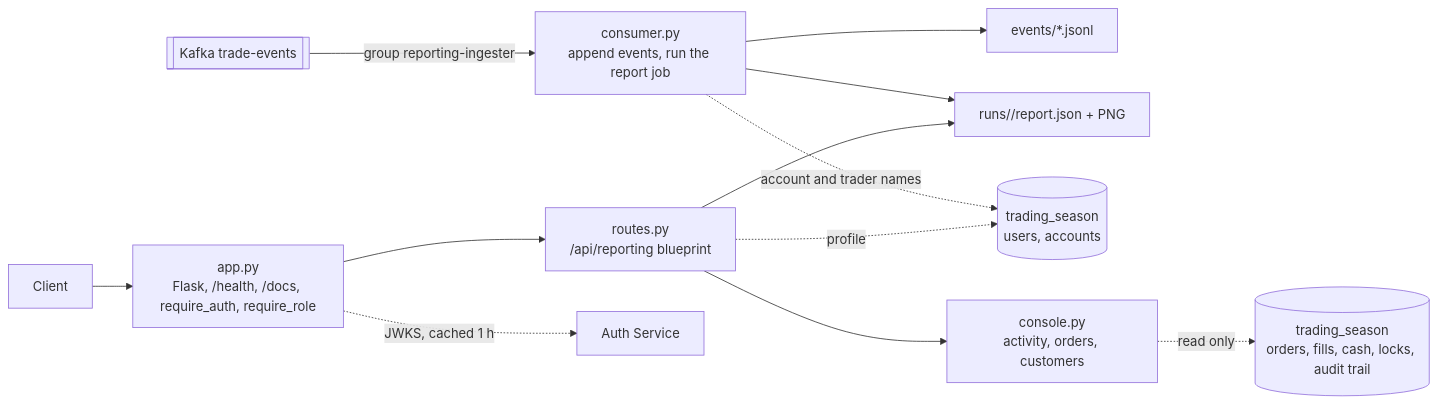
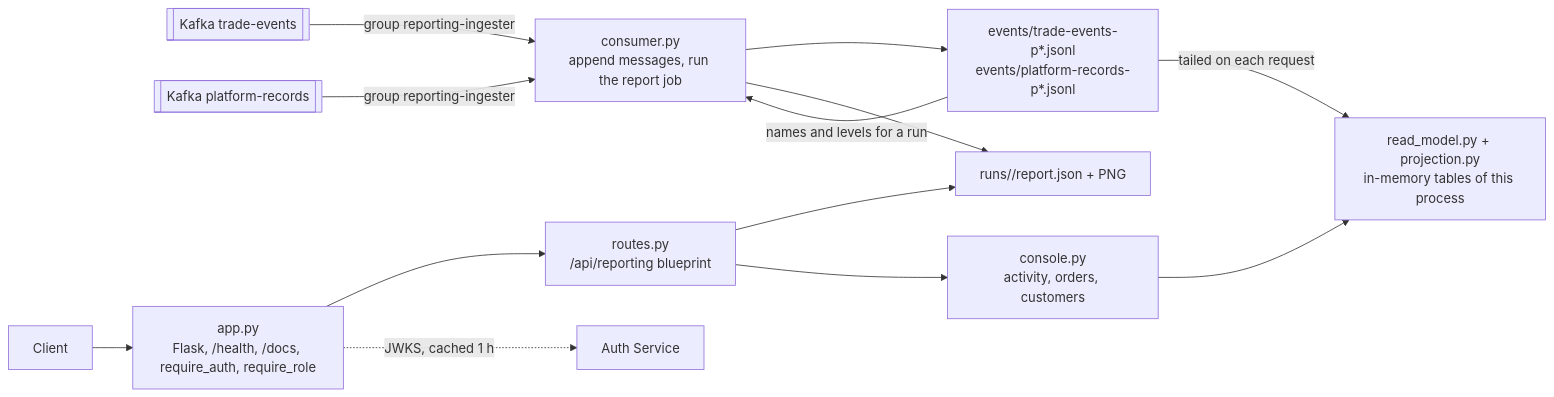
One commit to seankcheema/trading-season changed the diagram in apps/reporting-service/README.md. Above: the diagram before and after it, drawn with Mermaid. The commit also changed other lines of this file and 553 other files, not shown here.

````diff
--- a/apps/reporting-service/README.md
+++ b/apps/reporting-service/README.md
@@ -93,14 +131,15 @@
 ```mermaid
 flowchart LR
-    K[["Kafka trade-events"]] -- "group reporting-ingester" --> C["consumer.py<br/>append events, run the report job"]
-    C --> E["events/*.jsonl"]
+    T[["Kafka trade-events"]] -- "group reporting-ingester" --> C["consumer.py<br/>append messages, run the report job"]
+    P[["Kafka platform-records"]] -- "group reporting-ingester" --> C
+    C --> E["events/trade-events-p*.jsonl<br/>events/platform-records-p*.jsonl"]
     C --> R["runs/<id>/report.json + PNG"]
-    C -. "account and trader names" .-> DB[("trading_season<br/>users, accounts")]
     Client --> App["app.py<br/>Flask, /health, /docs, require_auth, require_role"]
     App --> Routes["routes.py<br/>/api/reporting blueprint"]
     Routes --> R
-    Routes -. "profile" .-> DB
     Routes --> Console["console.py<br/>activity, orders, customers"]
-    Console -. "read only" .-> Ledger[("trading_season<br/>orders, fills, cash, locks, audit trail")]
+    Console --> RM["read_model.py + projection.py<br/>in-memory tables of this process"]
+    E -- "tailed on each request" --> RM
+    E -- "names and levels for a run" --> C
     App -. "JWKS, cached 1 h" .-> Auth["Auth Service"]
 ```
````
